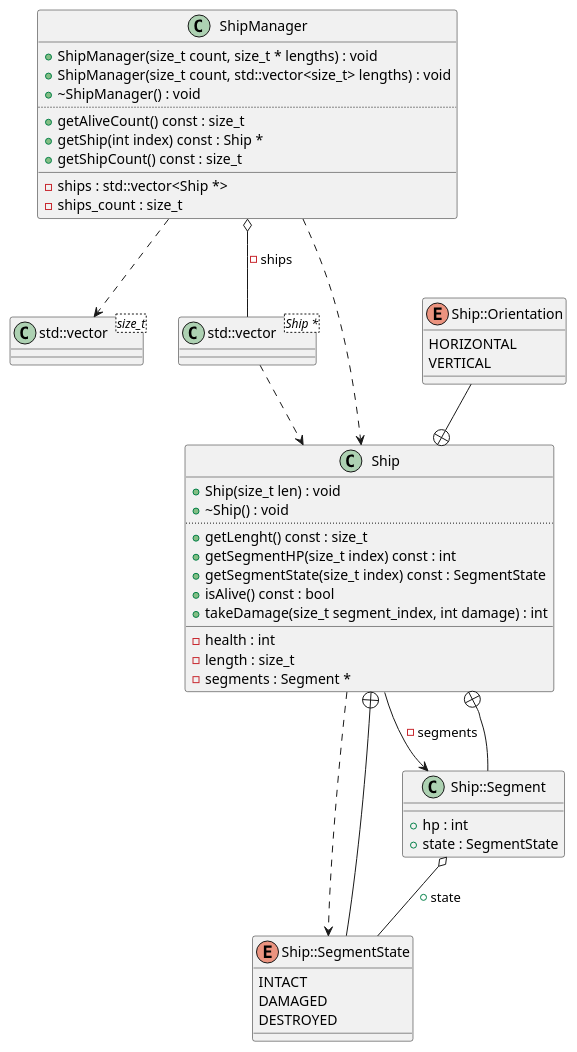
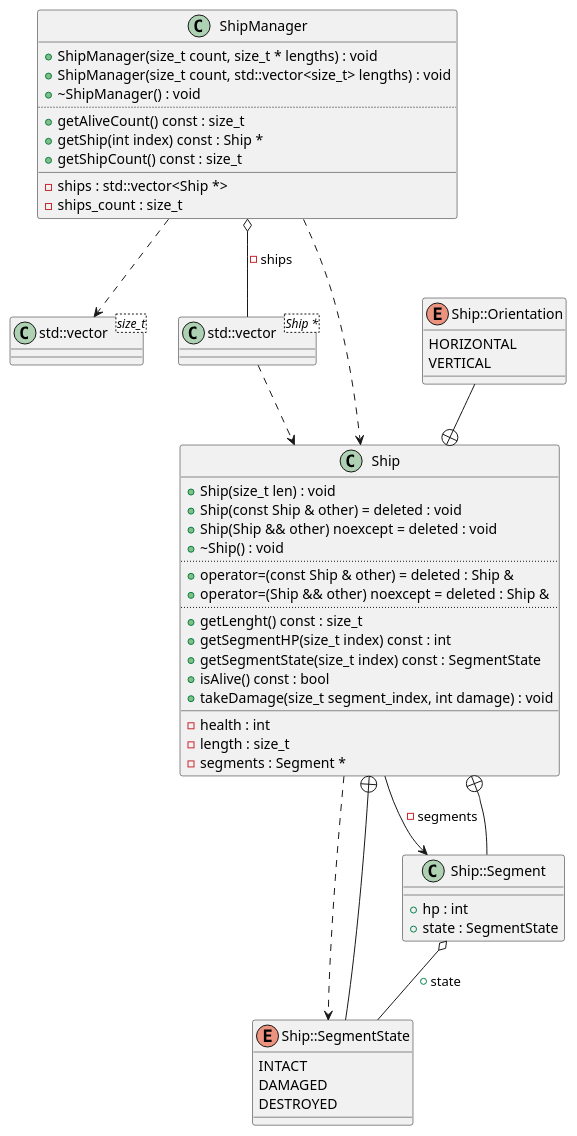
Before and after one commit to Rennelv/ships: the diagram in diagrams/ShipManager.puml, drawn with PlantUML. The commit also changed 13 other files, not shown here.

```diff
--- a/diagrams/ShipManager.puml
+++ b/diagrams/ShipManager.puml
@@ -1,68 +1,73 @@
 @startuml
 class "std::vector<size_t>" as C_0009048762651940375792
 class C_0009048762651940375792 {
 __
 }
 class "std::vector<Ship *>" as C_0007462257846685508834
 class C_0007462257846685508834 {
 __
 }
 class "Ship" as C_0014529657433315016423
 class C_0014529657433315016423 {
 +Ship(size_t len) : void
++Ship(const Ship & other) = deleted : void
++Ship(Ship && other) noexcept = deleted : void
 +~Ship() : void
+..
++operator=(const Ship & other) = deleted : Ship &
++operator=(Ship && other) noexcept = deleted : Ship &
 ..
 +getLenght() const : size_t
 +getSegmentHP(size_t index) const : int
 +getSegmentState(size_t index) const : SegmentState
 +isAlive() const : bool
-+takeDamage(size_t segment_index, int damage) : int
++takeDamage(size_t segment_index, int damage) : void
 __
 -health : int
 -length : size_t
 -segments : Segment *
 }
 enum "Ship::SegmentState" as C_0016593760204207859148
 enum C_0016593760204207859148 {
 INTACT
 DAMAGED
 DESTROYED
 }
 enum "Ship::Orientation" as C_0015200704647938469073
 enum C_0015200704647938469073 {
 HORIZONTAL
 VERTICAL
 }
 class "Ship::Segment" as C_0000674658759292391449
 class C_0000674658759292391449 {
 __
 +hp : int
 +state : SegmentState
 }
 class "ShipManager" as C_0017499122254539489506
 class C_0017499122254539489506 {
 +ShipManager(size_t count, size_t * lengths) : void
 +ShipManager(size_t count, std::vector<size_t> lengths) : void
 +~ShipManager() : void
 ..
 +getAliveCount() const : size_t
 +getShip(int index) const : Ship *
 +getShipCount() const : size_t
 __
 -ships : std::vector<Ship *>
 -ships_count : size_t
 }
 C_0007462257846685508834 ..> C_0014529657433315016423
 C_0014529657433315016423 ..> C_0016593760204207859148
 C_0014529657433315016423 --> C_0000674658759292391449 : -segments
 C_0016593760204207859148 --+ C_0014529657433315016423
 C_0015200704647938469073 --+ C_0014529657433315016423
 C_0000674658759292391449 --+ C_0014529657433315016423
 C_0000674658759292391449 o-- C_0016593760204207859148 : +state
 C_0017499122254539489506 ..> C_0009048762651940375792
 C_0017499122254539489506 ..> C_0014529657433315016423
 C_0017499122254539489506 o-- C_0007462257846685508834 : -ships
 
 'Generated with clang-uml, version 0.5.5
 'LLVM version clang version 18.1.8
 @enduml
```
